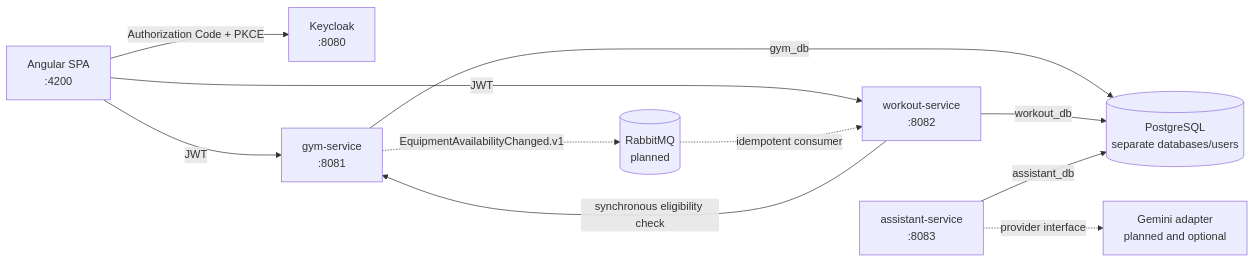
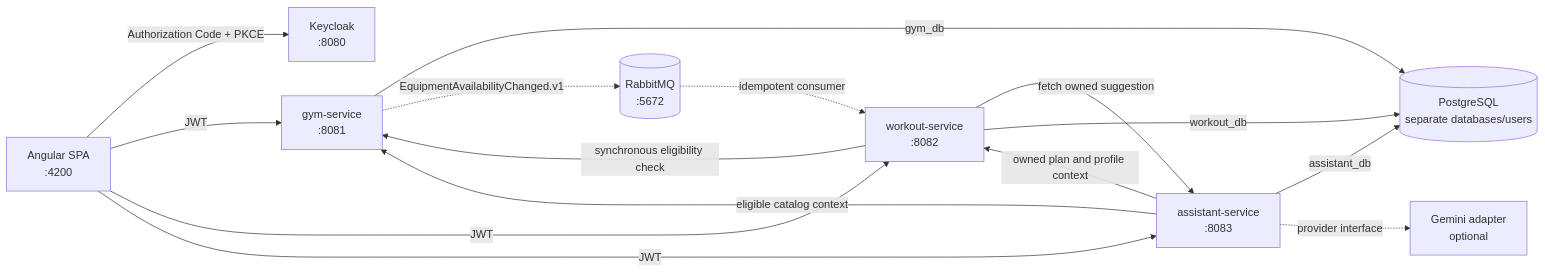
Before and after one commit to PietraAC/GymFlow: the diagram in README.md, drawn with Mermaid. The commit also changed other lines of this file and 84 other files, not shown here.

````diff
--- a/README.md
+++ b/README.md
@@ -35,22 +36,26 @@
 ```mermaid
 flowchart LR
     UI[Angular SPA<br/>:4200]
     KC[Keycloak<br/>:8080]
     GYM[gym-service<br/>:8081]
     WORKOUT[workout-service<br/>:8082]
     ASSISTANT[assistant-service<br/>:8083]
     PG[(PostgreSQL<br/>separate databases/users)]
-    MQ[(RabbitMQ<br/>planned)]
-    GEMINI[Gemini adapter<br/>planned and optional]
+    MQ[(RabbitMQ<br/>:5672)]
+    GEMINI[Gemini adapter<br/>optional]
 
     UI -->|Authorization Code + PKCE| KC
     UI -->|JWT| GYM
     UI -->|JWT| WORKOUT
+    UI -->|JWT| ASSISTANT
     WORKOUT -->|synchronous eligibility check| GYM
+    WORKOUT -->|fetch owned suggestion| ASSISTANT
+    ASSISTANT -->|owned plan and profile context| WORKOUT
+    ASSISTANT -->|eligible catalog context| GYM
     GYM -->|gym_db| PG
     WORKOUT -->|workout_db| PG
     ASSISTANT -->|assistant_db| PG
     GYM -.->|EquipmentAvailabilityChanged.v1| MQ
     MQ -.->|idempotent consumer| WORKOUT
     ASSISTANT -.->|provider interface| GEMINI
 ```
````
